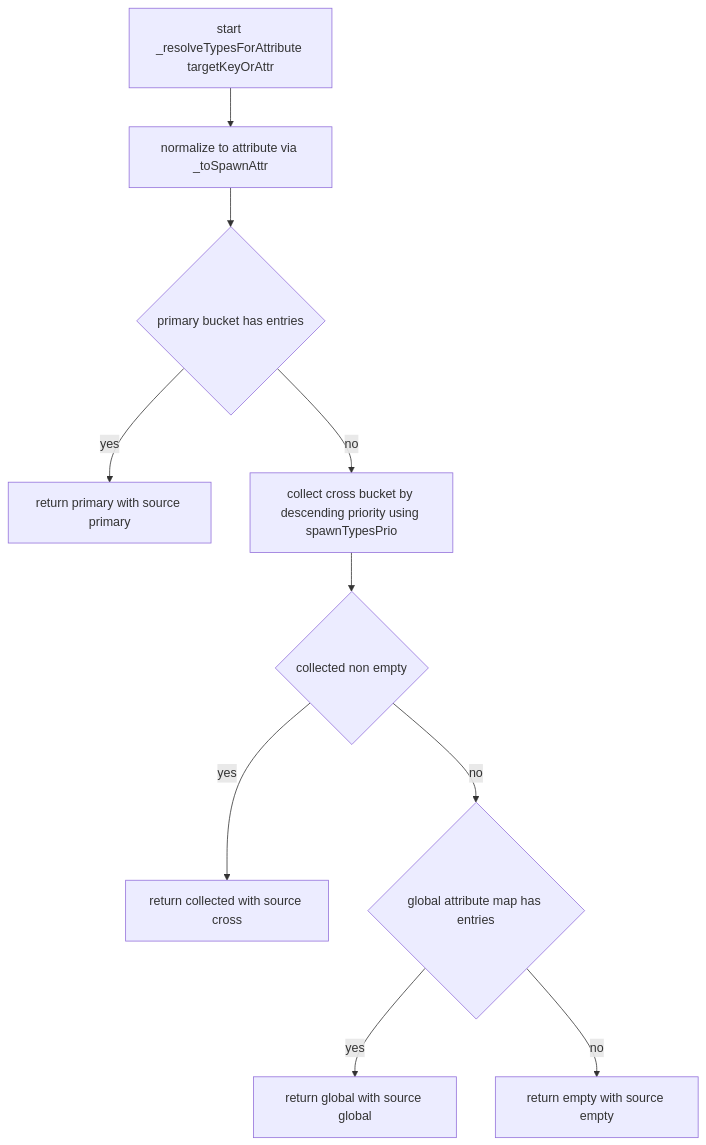
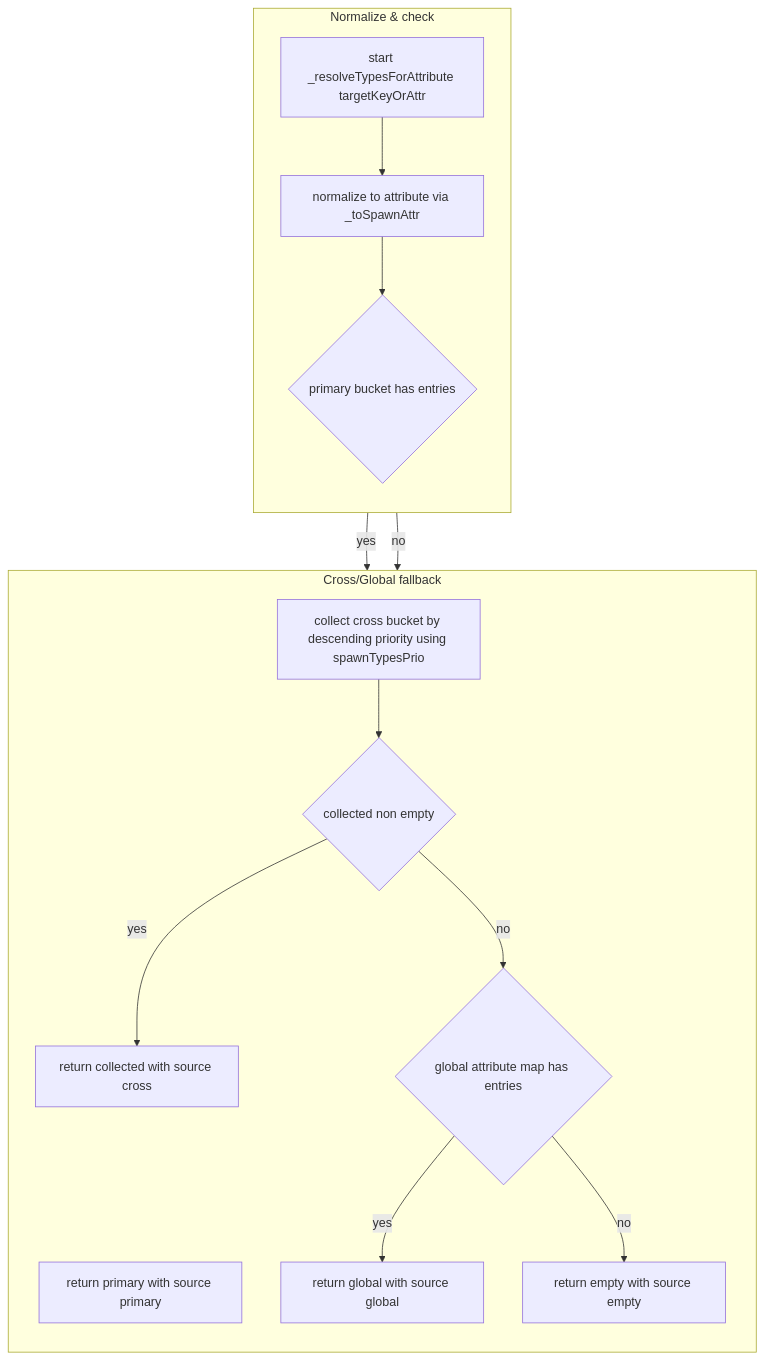
Before and after one commit to Gh0st352/AETHR: the fifth of 7 diagrams in docs/spawner/types_and_counts.md, drawn with Mermaid. The commit also changed other lines of this file and 9 other files, not shown here.

First line of the commit message:
docs(spawner, mermaid): restructure diagrams and clarify headings

````diff
--- a/docs/spawner/types_and_counts.md
+++ b/docs/spawner/types_and_counts.md
@@ -136,12 +181,25 @@
 ```mermaid
+%% shared theme: docs/_mermaid/theme.json %%
 flowchart TB
-  R0[start _resolveTypesForAttribute targetKeyOrAttr] --> N0[normalize to attribute via _toSpawnAttr]
-  N0 --> P0{primary bucket has entries}
-  P0 -- yes --> OUTP[return primary with source primary]
-  P0 -- no --> C0[collect cross bucket by descending priority using spawnTypesPrio]
-  C0 --> C1{collected non empty}
-  C1 -- yes --> OUTC[return collected with source cross]
-  C1 -- no --> G0{global attribute map has entries}
-  G0 -- yes --> OUTG[return global with source global]
-  G0 -- no --> OUTE[return empty with source empty]
+  subgraph "Normalize & check"
+    direction TB
+    R0[start _resolveTypesForAttribute targetKeyOrAttr] --> N0[normalize to attribute via _toSpawnAttr]
+    N0 --> P0{primary bucket has entries}
+  end
+
+  subgraph "Cross/Global fallback"
+    direction TB
+    P0 -- "yes" --> OUTP[return primary with source primary]
+    P0 -- "no" --> C0[collect cross bucket by descending priority using spawnTypesPrio]
+    C0 --> C1{collected non empty}
+    C1 -- "yes" --> OUTC[return collected with source cross]
+    C1 -- "no" --> G0{global attribute map has entries}
+    G0 -- "yes" --> OUTG[return global with source global]
+    G0 -- "no" --> OUTE[return empty with source empty]
+  end
+
+  class R0 class_io;
+  class N0,C0,G0 class_step;
+  class P0,C1 class_decision;
+  class OUTP,OUTC,OUTG,OUTE class_result;
 ```
````
